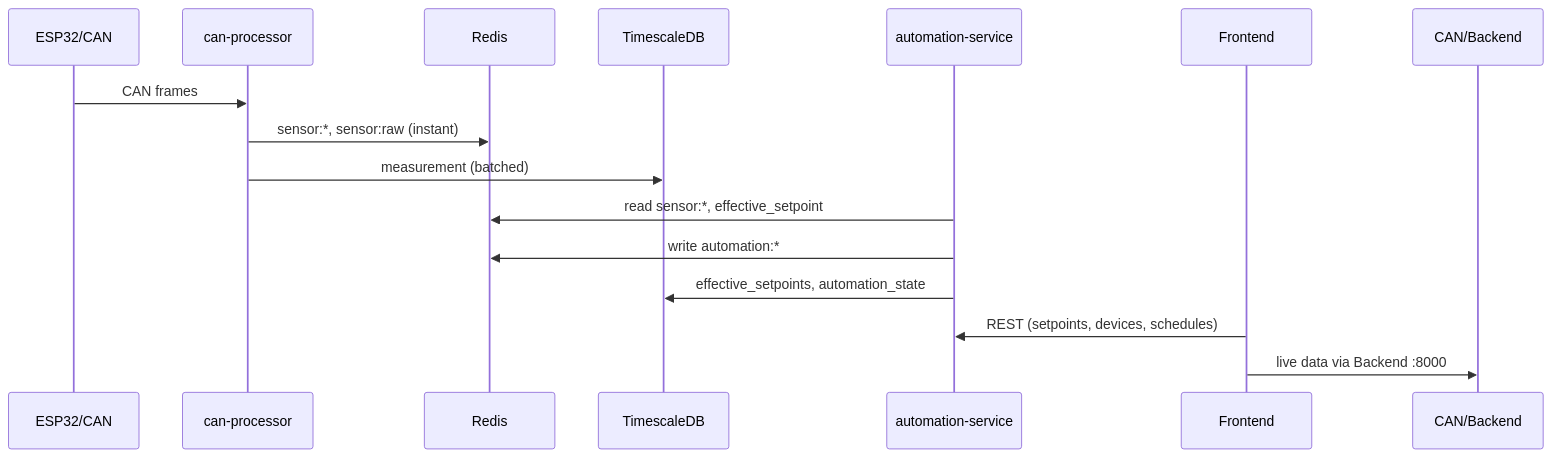
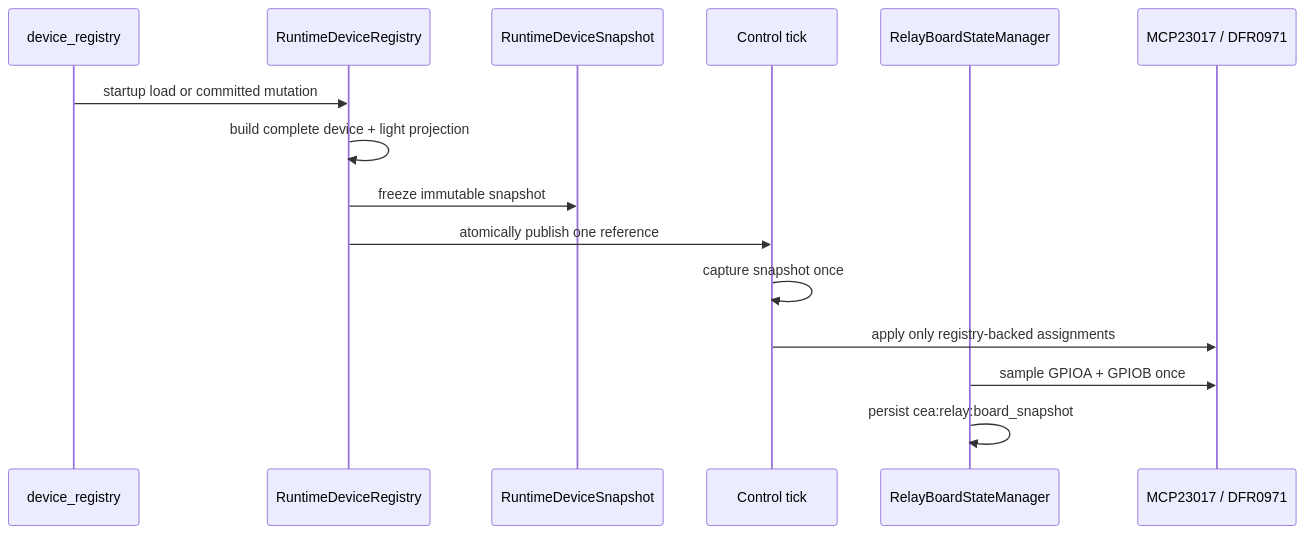
Before and after one commit to Phoenix5595/ProjectCEA: the second of 4 diagrams in ARCHITECTURE_SCHEMATIC.md, drawn with Mermaid. The commit also changed other lines of this file and 6 other files, not shown here.

First line of the commit message:
docs: update architecture and registry canonicalization docs

````diff
--- a/ARCHITECTURE_SCHEMATIC.md
+++ b/ARCHITECTURE_SCHEMATIC.md
@@ -78,18 +34,18 @@
 ```mermaid
 sequenceDiagram
-  participant ESP32 as ESP32/CAN
-  participant CAN as can-processor
-  participant R as Redis
-  participant DB as TimescaleDB
-  participant AUTO as automation-service
-  participant FE as Frontend
+  participant DB as device_registry
+  participant RDR as RuntimeDeviceRegistry
+  participant Snap as RuntimeDeviceSnapshot
+  participant Tick as Control tick
+  participant Relay as RelayBoardStateManager
+  participant HW as MCP23017 / DFR0971
 
-  ESP32->>CAN: CAN frames
-  CAN->>R: sensor:*, sensor:raw (instant)
-  CAN->>DB: measurement (batched)
-  AUTO->>R: read sensor:*, effective_setpoint
-  AUTO->>R: write automation:*
-  AUTO->>DB: effective_setpoints, automation_state
-  FE->>AUTO: REST (setpoints, devices, schedules)
-  FE->>CAN/Backend: live data via Backend :8000
+  DB->>RDR: startup load or committed mutation
+  RDR->>RDR: build complete device + light projection
+  RDR->>Snap: freeze immutable snapshot
+  RDR->>Tick: atomically publish one reference
+  Tick->>Tick: capture snapshot once
+  Tick->>HW: apply only registry-backed assignments
+  Relay->>HW: sample GPIOA + GPIOB once
+  Relay->>Relay: persist cea:relay:board_snapshot
 ```
````
